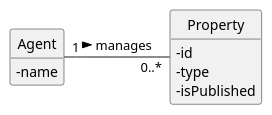
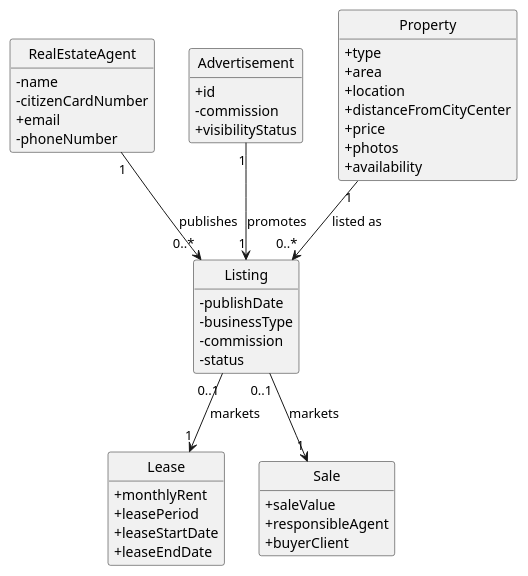
One commit to goncalomaia18/leti-esoft-24-25-A2 changed the diagram in docs/Sprint3/US40/US40-MD.puml. Above: the diagram before and after it, drawn with PlantUML. The commit also changed 30 other files, not shown here.

```diff
--- a/docs/Sprint3/US40/US40-MD.puml
+++ b/docs/Sprint3/US40/US40-MD.puml
@@ -1,22 +1,54 @@
 @startuml
 'https://plantuml.com/class-diagram
 skinparam classAttributeIconSize 0
 hide circle
 hide methods
 
-class Agent {
+class RealEstateAgent {
     - name
+    -citizenCardNumber
+    +email
+    -phoneNumber
     +publishAd(propertyId: string): Result
 }
 
+class Listing {
+  -publishDate
+  -businessType
+  -commission
+  -status
+  +getProperty(): Property
+}
+class Advertisement {
+    +id
+    -commission
+    +visibilityStatus
+}
+class Lease {
+    +monthlyRent
+    +leasePeriod
+    +leaseStartDate
+    +leaseEndDate
+}
+class Sale {
+    +saleValue
+    +responsibleAgent
+    +buyerClient
+}
 class Property {
-    - id
-    - type
-    - isPublished
-    +publish(): void
-    +getPublicationStatus(): bool
+    +type
+    +area
+    +location
+    +distanceFromCityCenter
+    +price
+    +photos
+    +availability
 }
 
-Agent "1" -right-- "0..*" Property:  manages >
+RealEstateAgent "1" --> "0..*" Listing : publishes
+Listing "0..1" --> "1" Sale : markets
+Listing "0..1" --> "1" Lease : markets
+Advertisement "1" --> "1" Listing : promotes
+Property "1" --> "0..*" Listing : listed as
 
 @enduml
```
